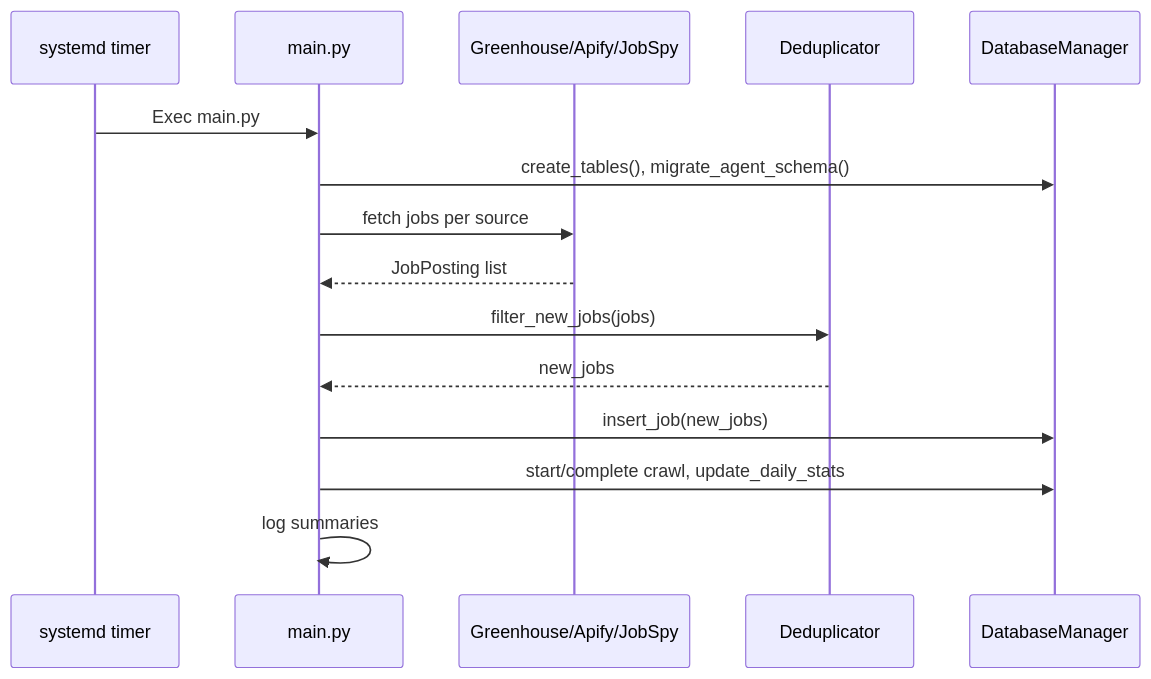
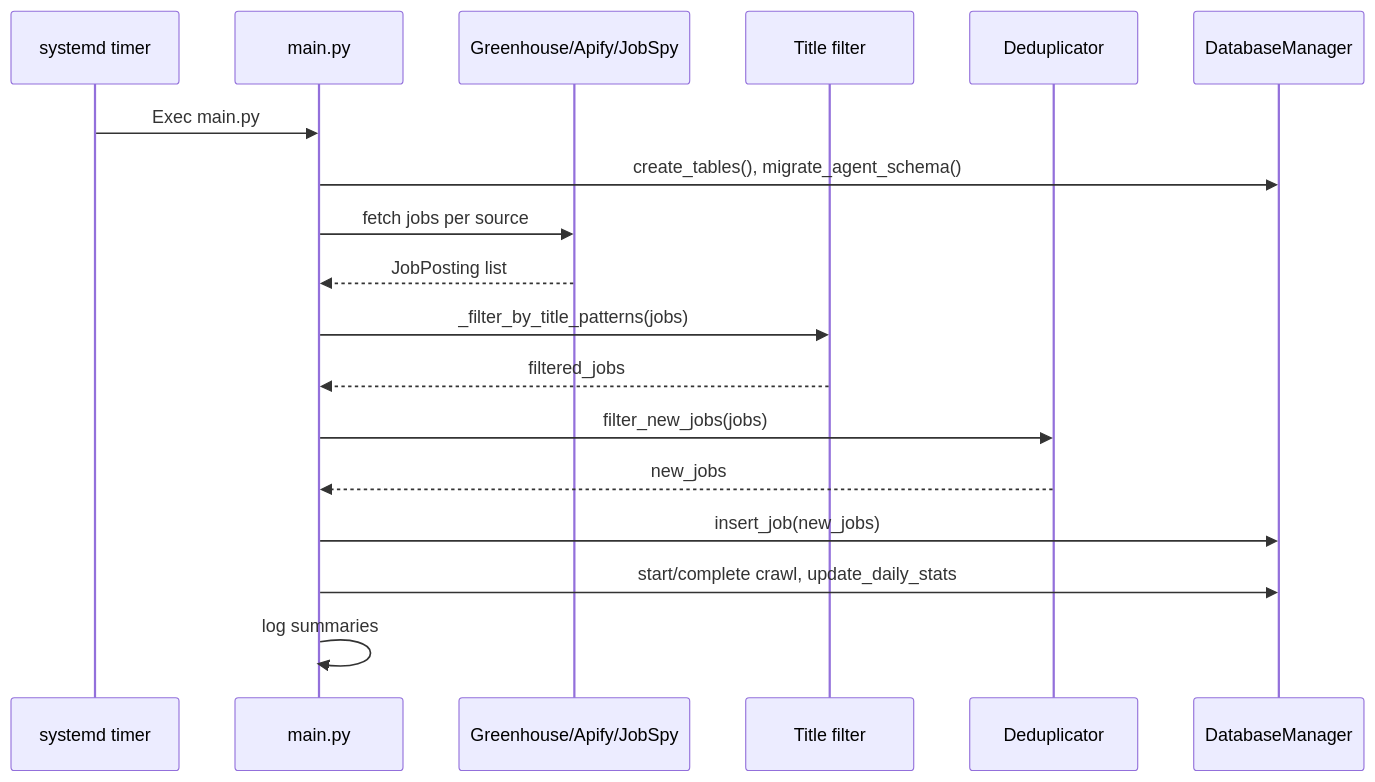
The second of 5 diagrams in .aqa/spec/workflows.md (joeyspagnoli/agentic-job-applier), drawn with Mermaid before and after one commit. The commit also changed other lines of this file and 10 other files, not shown here.

````diff
--- a/.aqa/spec/workflows.md
+++ b/.aqa/spec/workflows.md
@@ -34,18 +34,21 @@
 ```mermaid
 sequenceDiagram
     participant Timer as systemd timer
     participant Main as main.py
     participant Fetchers as Greenhouse/Apify/JobSpy
+    participant Filter as Title filter
     participant Dedup as Deduplicator
     participant DB as DatabaseManager
 
     Timer->>Main: Exec main.py
     Main->>DB: create_tables(), migrate_agent_schema()
     Main->>Fetchers: fetch jobs per source
     Fetchers-->>Main: JobPosting list
+    Main->>Filter: _filter_by_title_patterns(jobs)
+    Filter-->>Main: filtered_jobs
     Main->>Dedup: filter_new_jobs(jobs)
     Dedup-->>Main: new_jobs
     Main->>DB: insert_job(new_jobs)
     Main->>DB: start/complete crawl, update_daily_stats
     Main->>Main: log summaries
 ```
````
